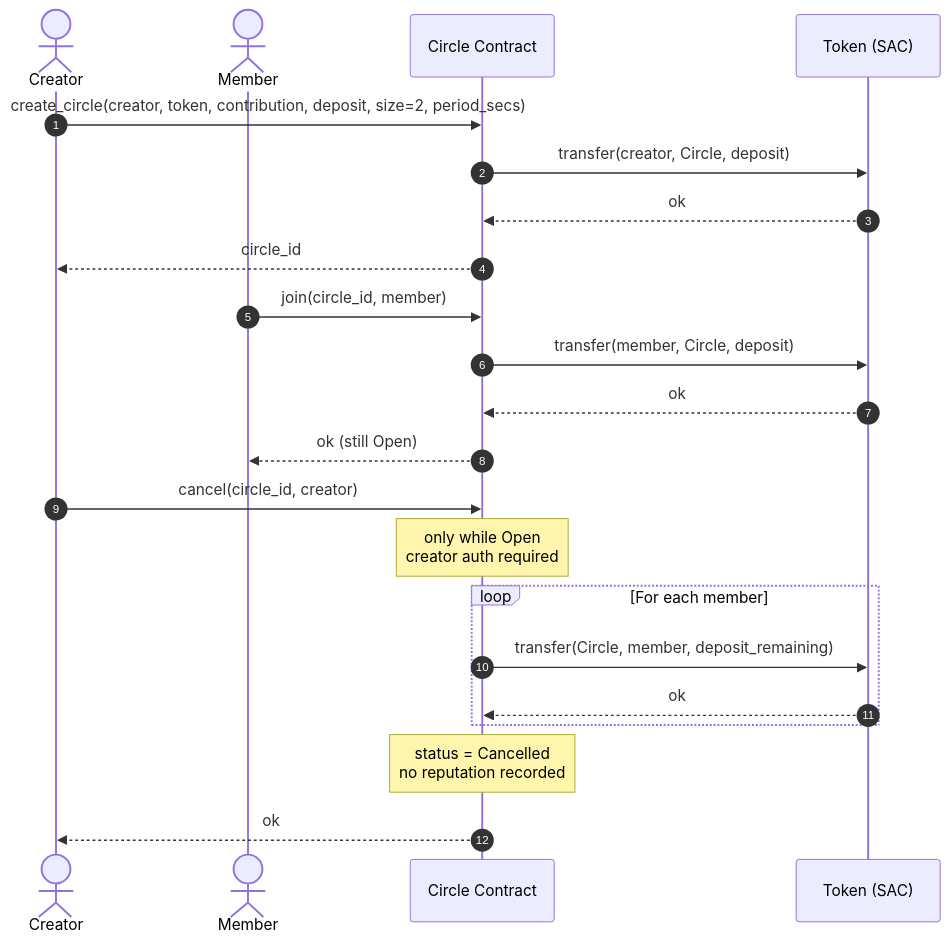
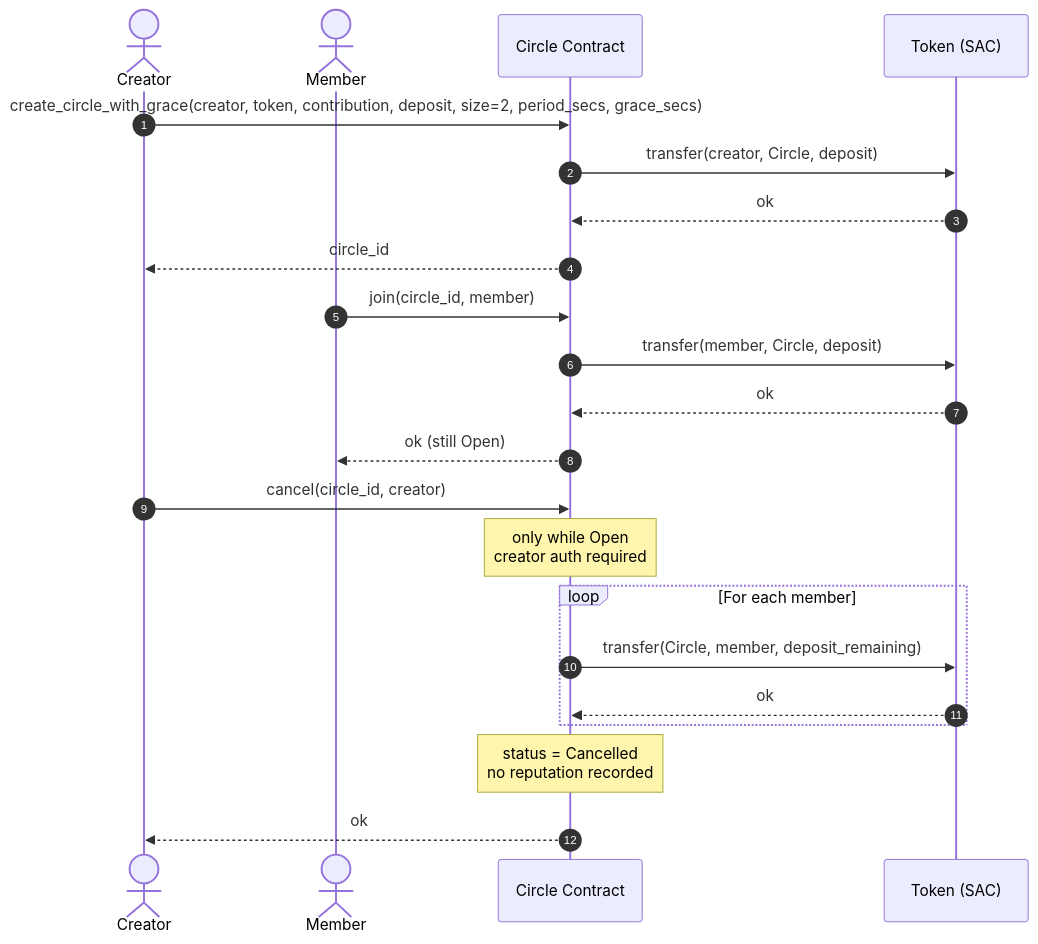
One commit to OGRoute/openajo-contract changed the second of 2 diagrams in docs/design/lifecycle.md. Above: the diagram before and after it, drawn with Mermaid. The commit also changed other lines of this file and 76 other files, not shown here.

Commit message:
feat(circle): add configurable settlement grace period

````diff
--- a/docs/design/lifecycle.md
+++ b/docs/design/lifecycle.md
@@ -152,27 +152,27 @@
 ```mermaid
 sequenceDiagram
     autonumber
     actor Creator
     actor Member
     participant Circle as Circle Contract
     participant Token as Token (SAC)
 
-    Creator->>Circle: create_circle(creator, token, contribution, deposit, size=2, period_secs)
+    Creator->>Circle: create_circle_with_grace(creator, token, contribution, deposit, size=2, period_secs, grace_secs)
     Circle->>Token: transfer(creator, Circle, deposit)
     Token-->>Circle: ok
     Circle-->>Creator: circle_id
 
     Member->>Circle: join(circle_id, member)
     Circle->>Token: transfer(member, Circle, deposit)
     Token-->>Circle: ok
     Circle-->>Member: ok (still Open)
 
     Creator->>Circle: cancel(circle_id, creator)
     Note over Circle: only while Open<br/>creator auth required
     loop For each member
         Circle->>Token: transfer(Circle, member, deposit_remaining)
         Token-->>Circle: ok
     end
     Note over Circle: status = Cancelled<br/>no reputation recorded
     Circle-->>Creator: ok
 ```
````
